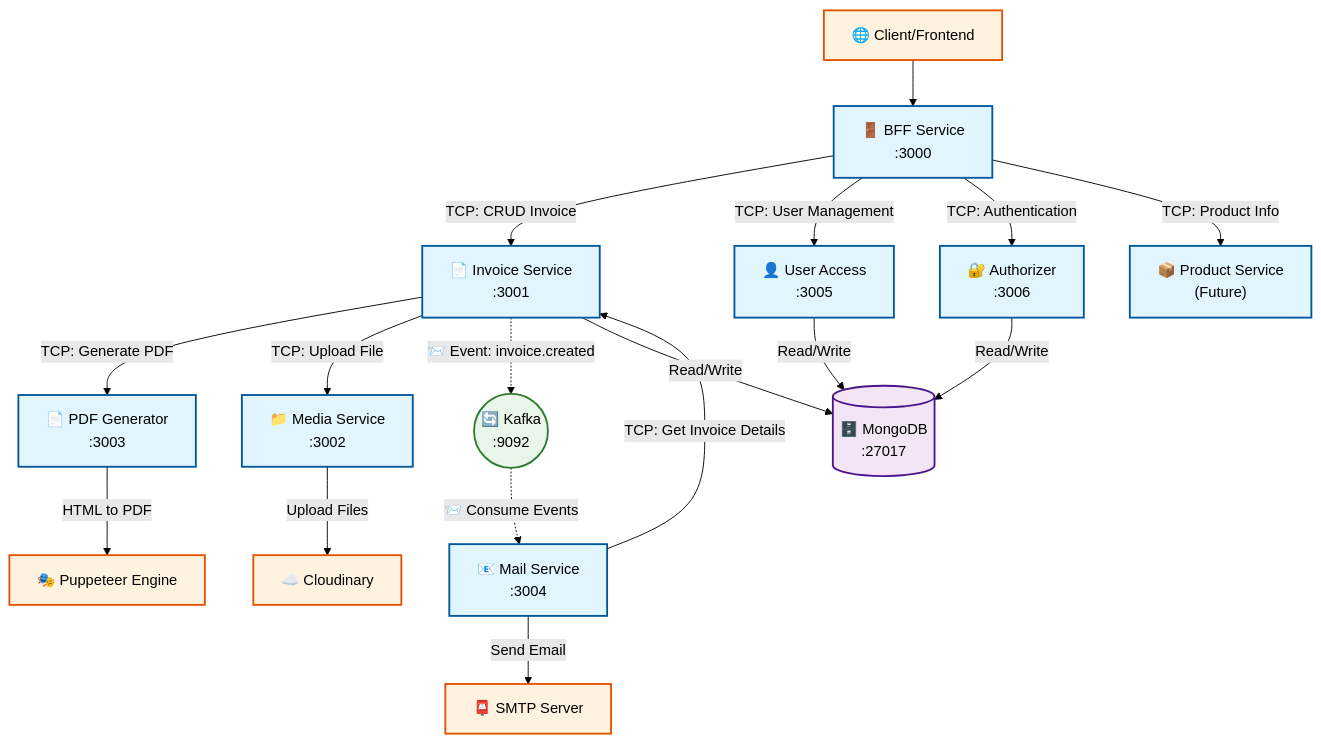
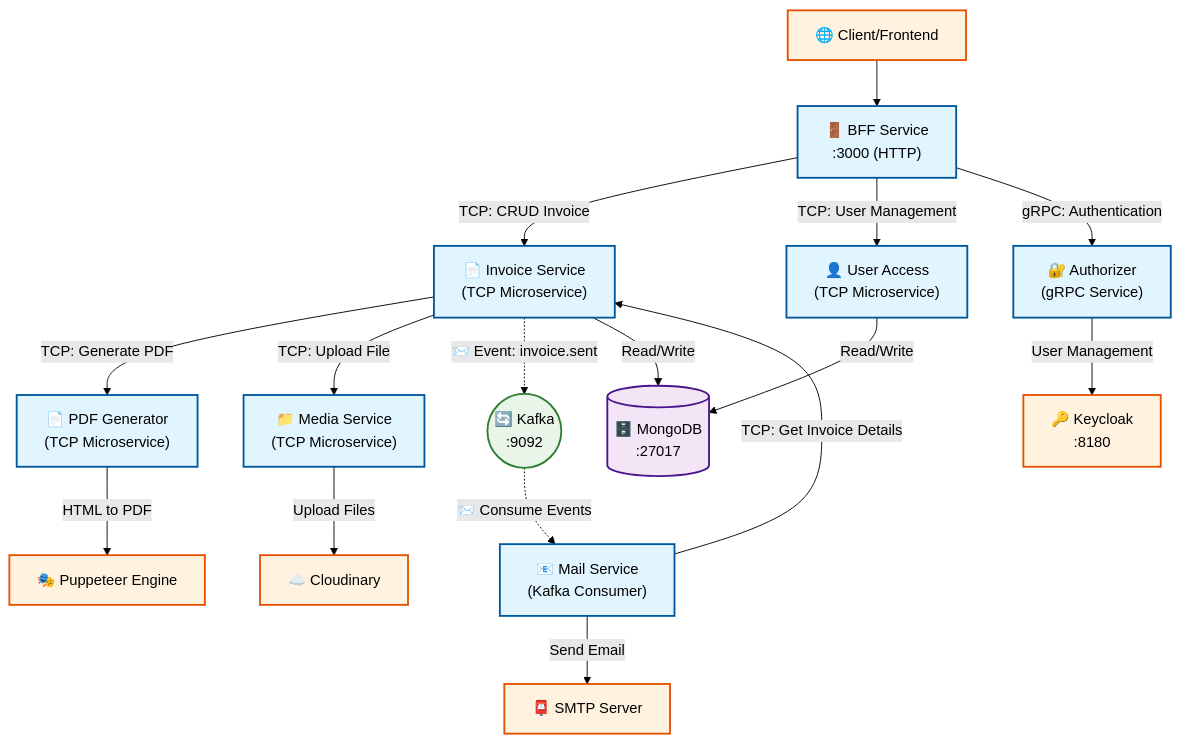
Before and after one commit to thanhmati/einvoice-backend: the first of 4 diagrams in TEACHING_GUIDE.md, drawn with Mermaid (forest theme). The commit also changed other lines of this file and 2 other files, not shown here.

````diff
--- a/TEACHING_GUIDE.md
+++ b/TEACHING_GUIDE.md
@@ -45,43 +47,42 @@
 ```mermaid
 graph TB
     %% External Layer
-    Client["🌐 Client/Frontend"] --> BFF["🚪 BFF Service<br/>:3000"]
+    Client["🌐 Client/Frontend"] --> BFF["🚪 BFF Service<br/>:3000 (HTTP)"]
     
-    %% BFF Synchronous TCP Calls
-    BFF -->|"TCP: CRUD Invoice"| Invoice["📄 Invoice Service<br/>:3001"]
-    BFF -->|"TCP: User Management"| UserAccess["👤 User Access<br/>:3005"]
-    BFF -->|"TCP: Authentication"| Auth["🔐 Authorizer<br/>:3006"]
-    BFF -->|"TCP: Product Info"| ProductSvc["📦 Product Service<br/>(Future)"]
+    %% BFF TCP Connections
+    BFF -->|"TCP: CRUD Invoice"| Invoice["📄 Invoice Service<br/>(TCP Microservice)"]
+    BFF -->|"TCP: User Management"| UserAccess["👤 User Access<br/>(TCP Microservice)"]
+    BFF -->|"gRPC: Authentication"| Auth["🔐 Authorizer<br/>(gRPC Service)"]
     
-    %% Invoice Service Synchronous TCP Calls
-    Invoice -->|"TCP: Generate PDF"| PDF["📄 PDF Generator<br/>:3003"]
-    Invoice -->|"TCP: Upload File"| Media["📁 Media Service<br/>:3002"]
+    %% Invoice Service TCP Connections
+    Invoice -->|"TCP: Generate PDF"| PDF["📄 PDF Generator<br/>(TCP Microservice)"]
+    Invoice -->|"TCP: Upload File"| Media["📁 Media Service<br/>(TCP Microservice)"]
     
-    %% Mail Service TCP Calls (for data retrieval)
+    %% Mail Service Connections
     Mail -->|"TCP: Get Invoice Details"| Invoice
     
     %% Kafka Asynchronous Events
-    Invoice -.->|"📨 Event: invoice.created"| Kafka(("🔄 Kafka<br/>:9092"))
-    Kafka -.->|"📨 Consume Events"| Mail["📧 Mail Service<br/>:3004"]
+    Invoice -.->|"📨 Event: invoice.sent"| Kafka(("🔄 Kafka<br/>:9092"))
+    Kafka -.->|"📨 Consume Events"| Mail["📧 Mail Service<br/>(Kafka Consumer)"]
     
     %% Database Connections
     Invoice -->|"Read/Write"| MongoDB[("🗄️ MongoDB<br/>:27017")]
     UserAccess -->|"Read/Write"| MongoDB
-    Auth -->|"Read/Write"| MongoDB
     
     %% External Services
     Media -->|"Upload Files"| Cloudinary["☁️ Cloudinary"]
     PDF -->|"HTML to PDF"| Puppeteer["🎭 Puppeteer Engine"]
     Mail -->|"Send Email"| SMTP["📮 SMTP Server"]
+    Auth -->|"User Management"| Keycloak["🔑 Keycloak<br/>:8180"]
     
     %% Styling
     classDef serviceBox fill:#e1f5fe,stroke:#01579b,stroke-width:2px
     classDef dbBox fill:#f3e5f5,stroke:#4a148c,stroke-width:2px
     classDef externalBox fill:#fff3e0,stroke:#e65100,stroke-width:2px
     classDef eventBox fill:#e8f5e8,stroke:#2e7d32,stroke-width:2px
     
-    class BFF,Invoice,UserAccess,Auth,PDF,Media,Mail,ProductSvc serviceBox
+    class BFF,Invoice,UserAccess,Auth,PDF,Media,Mail serviceBox
     class MongoDB dbBox
-    class Client,Cloudinary,Puppeteer,SMTP externalBox
+    class Client,Cloudinary,Puppeteer,SMTP,Keycloak externalBox
     class Kafka eventBox
 ```
````
